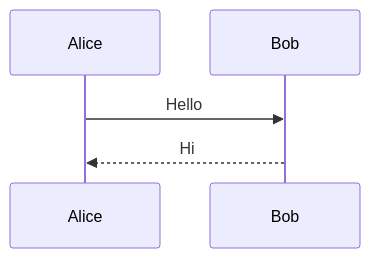
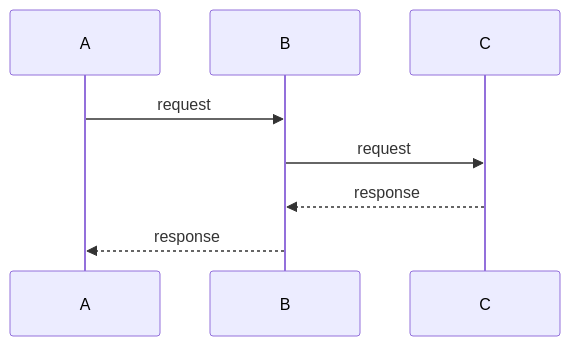
The fourth of 18 diagrams in guides/markdown.md (delian/codeguide-mcp), drawn with Mermaid before and after one commit. The commit also changed other lines of this file, not shown here.

````diff
--- a/guides/markdown.md
+++ b/guides/markdown.md
@@ -3164,5 +634,7 @@
 ```mermaid
 sequenceDiagram
-    Alice->>Bob: Hello
-    Bob-->>Alice: Hi
+    A->>B: request
+    B->>C: request
+    C-->>B: response
+    B-->>A: response
 ```
````
